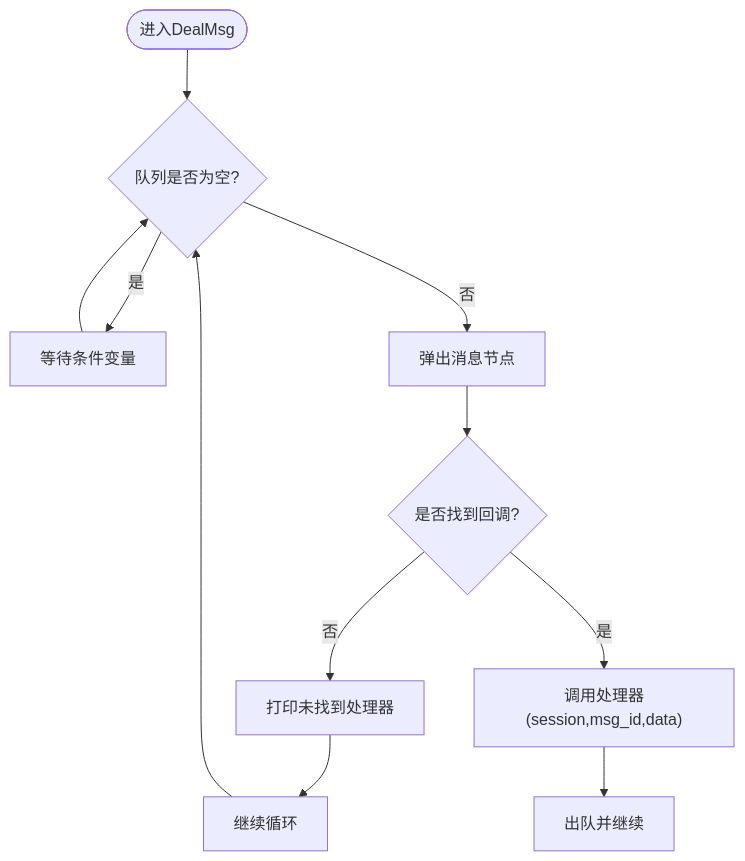
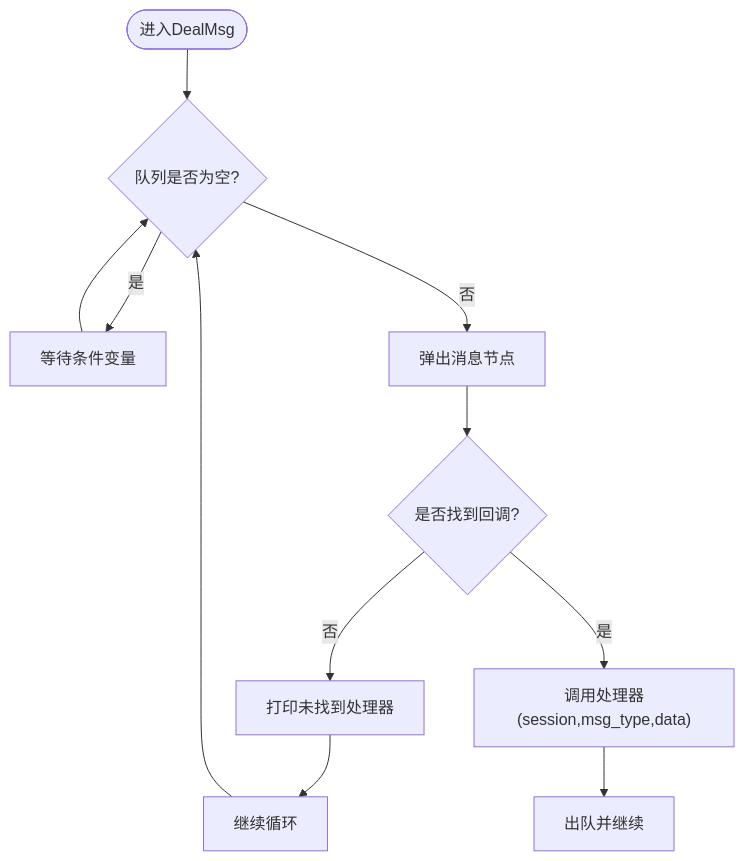
One commit to echo9923/mychatter changed the third of 7 diagrams in .qoder/repowiki/zh/content/服务端开发/ChatServer聊天核心服务/业务逻辑系统/业务逻辑系统.md. Above: the diagram before and after it, drawn with Mermaid. The commit also changed other lines of this file and 128 other files, not shown here.

First line of the commit message:
refactor(protocol): TCP 帧头消息类型 msg_id 全局改名为 msg_type

````diff
--- a/.qoder/repowiki/zh/content/服务端开发/ChatServer聊天核心服务/业务逻辑系统/业务逻辑系统.md
+++ b/.qoder/repowiki/zh/content/服务端开发/ChatServer聊天核心服务/业务逻辑系统/业务逻辑系统.md
@@ -155,12 +155,12 @@
 ```mermaid
 flowchart TD
 Start(["进入DealMsg"]) --> EnqCheck{"队列是否为空?"}
 EnqCheck --> |是| Wait["等待条件变量"]
 EnqCheck --> |否| Pop["弹出消息节点"]
 Pop --> FindCB{"是否找到回调?"}
 FindCB --> |否| Log["打印未找到处理器"] --> Next["继续循环"]
-FindCB --> |是| Call["调用处理器(session,msg_id,data)"]
+FindCB --> |是| Call["调用处理器(session,msg_type,data)"]
 Call --> Done["出队并继续"]
 Wait --> EnqCheck
 Next --> EnqCheck
 ```
````
